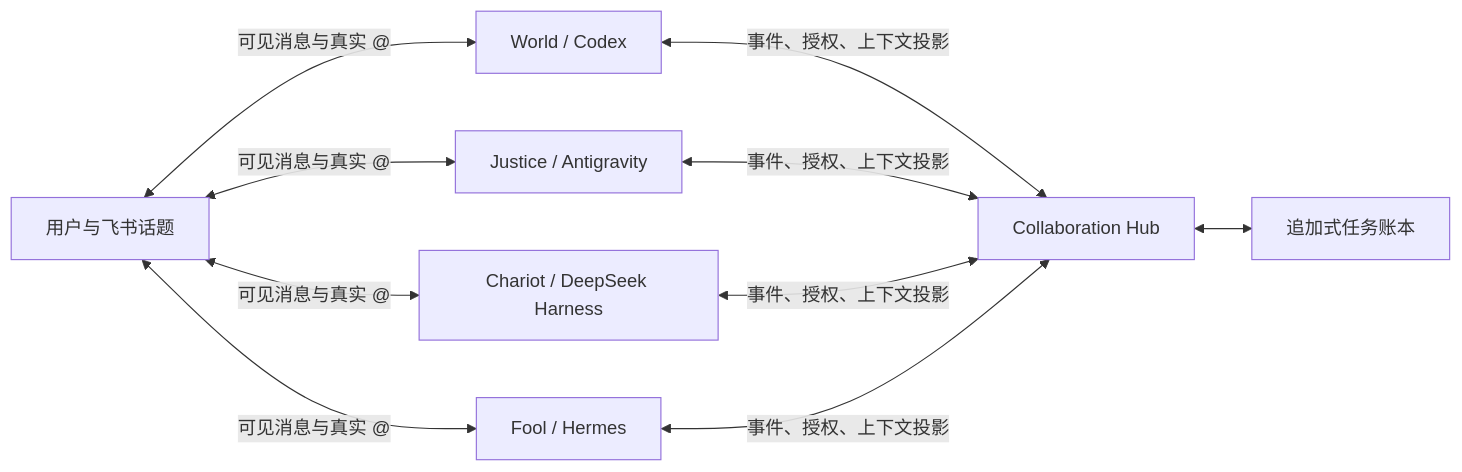
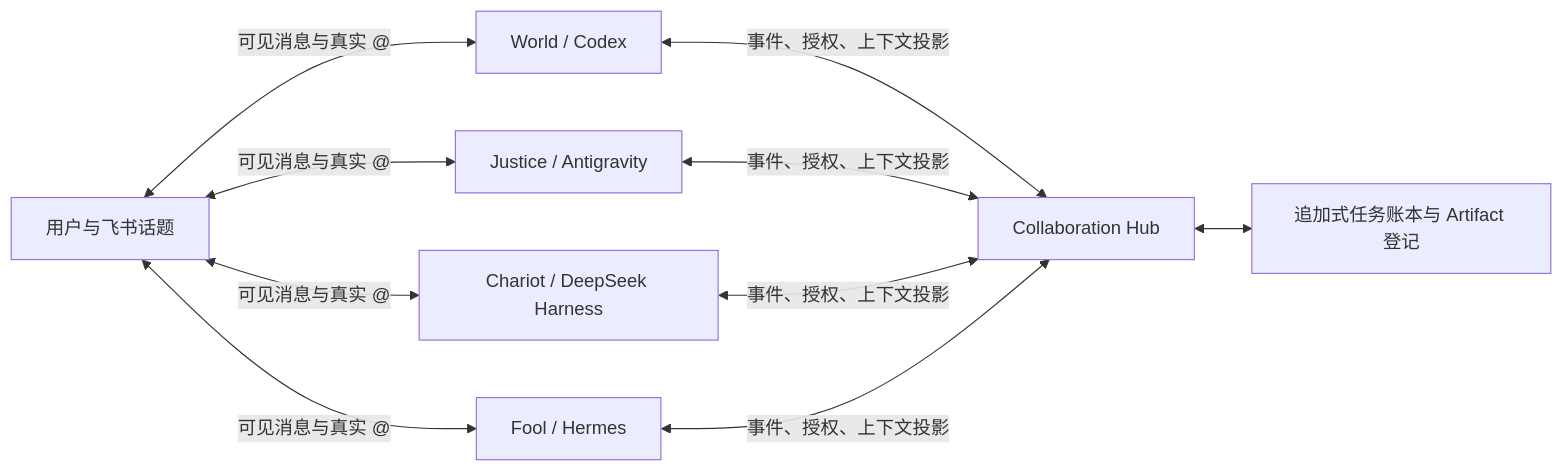
One commit to ZenHatesCoding/feishu-local-agent-bridge-windows changed the diagram in docs/DESIGN.zh-CN.md. Above: the diagram before and after it, drawn with Mermaid. The commit also changed other lines of this file and 9 other files, not shown here.

````diff
--- a/docs/DESIGN.zh-CN.md
+++ b/docs/DESIGN.zh-CN.md
@@ -31,20 +31,20 @@
 ```mermaid
 flowchart LR
     U["用户与飞书话题"]
     W["World / Codex"]
     J["Justice / Antigravity"]
     C["Chariot / DeepSeek Harness"]
     F["Fool / Hermes"]
     H["Collaboration Hub"]
-    L["追加式任务账本"]
+    L["追加式任务账本与 Artifact 登记"]
 
     U <-->|"可见消息与真实 @"| W
     U <-->|"可见消息与真实 @"| J
     U <-->|"可见消息与真实 @"| C
     U <-->|"可见消息与真实 @"| F
     W <-->|"事件、授权、上下文投影"| H
     J <-->|"事件、授权、上下文投影"| H
     C <-->|"事件、授权、上下文投影"| H
     F <-->|"事件、授权、上下文投影"| H
     H <--> L
 ```
````
